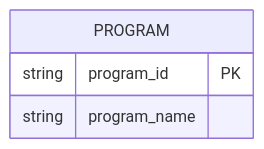
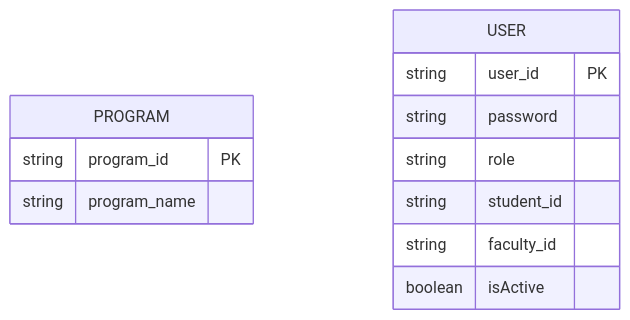
One commit to Aryan9060/Timetable-Project changed the ninth of 10 diagrams in .qoder/repowiki/en/content/Master Data Management/Master Data Management.md. Above: the diagram before and after it, drawn with Mermaid. The commit also changed other lines of this file and 8 other files, not shown here.

````diff
--- a/.qoder/repowiki/en/content/Master Data Management/Master Data Management.md
+++ b/.qoder/repowiki/en/content/Master Data Management/Master Data Management.md
@@ -312,7 +334,15 @@
 ```mermaid
 erDiagram
 PROGRAM {
 string program_id PK
 string program_name
 }
+USER {
+string user_id PK
+string password
+string role
+string student_id
+string faculty_id
+boolean isActive
+}
 ```
````
